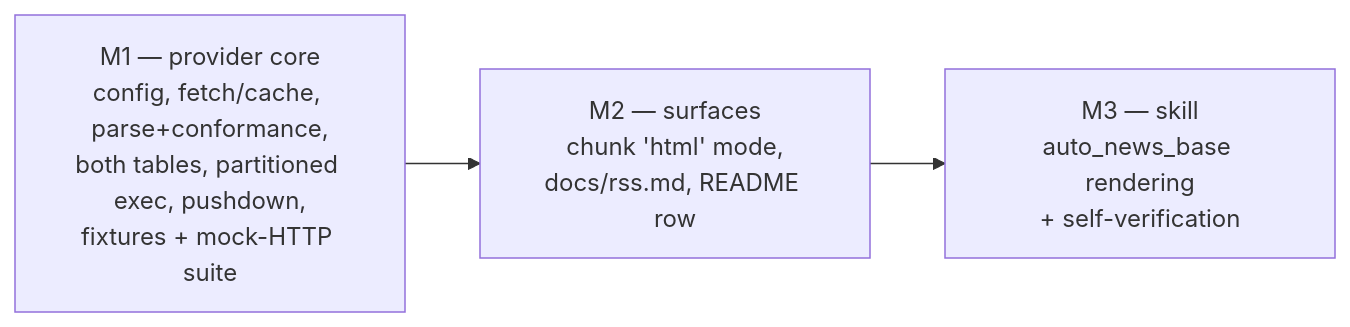
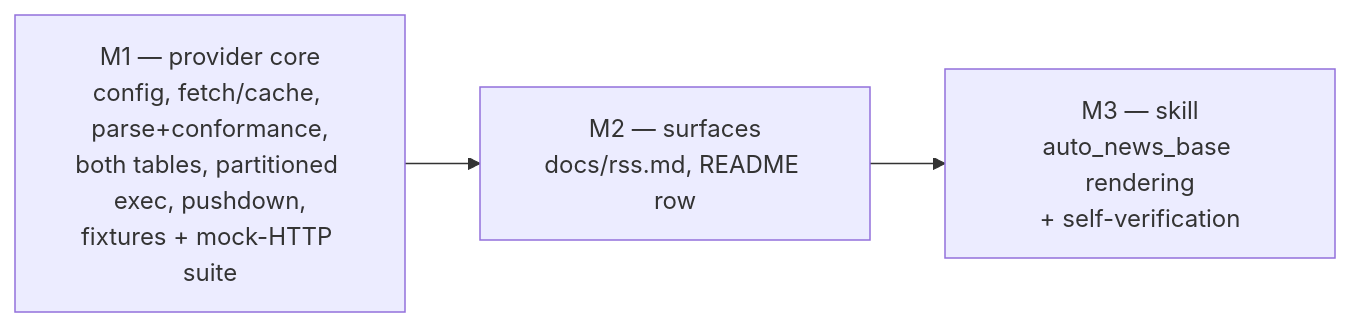
Before and after one commit to SkardiLabs/skardi: the fifth of 5 diagrams in docs/superpowers/specs/2026-07-22-rss-feed-support-design-v2.md, drawn with Mermaid. The commit also changed other lines of this file, not shown here.

````diff
--- a/docs/superpowers/specs/2026-07-22-rss-feed-support-design-v2.md
+++ b/docs/superpowers/specs/2026-07-22-rss-feed-support-design-v2.md
@@ -487,7 +494,7 @@
 ```mermaid
 flowchart LR
     M1["M1 — provider core<br/>config, fetch/cache, parse+conformance,<br/>both tables, partitioned exec, pushdown,<br/>fixtures + mock-HTTP suite"]
-    M2["M2 — surfaces<br/>chunk 'html' mode,<br/>docs/rss.md, README row"]
+    M2["M2 — surfaces<br/>docs/rss.md, README row"]
     M3["M3 — skill<br/>auto_news_base rendering<br/>+ self-verification"]
     M1 --> M2 --> M3
 ```
````
